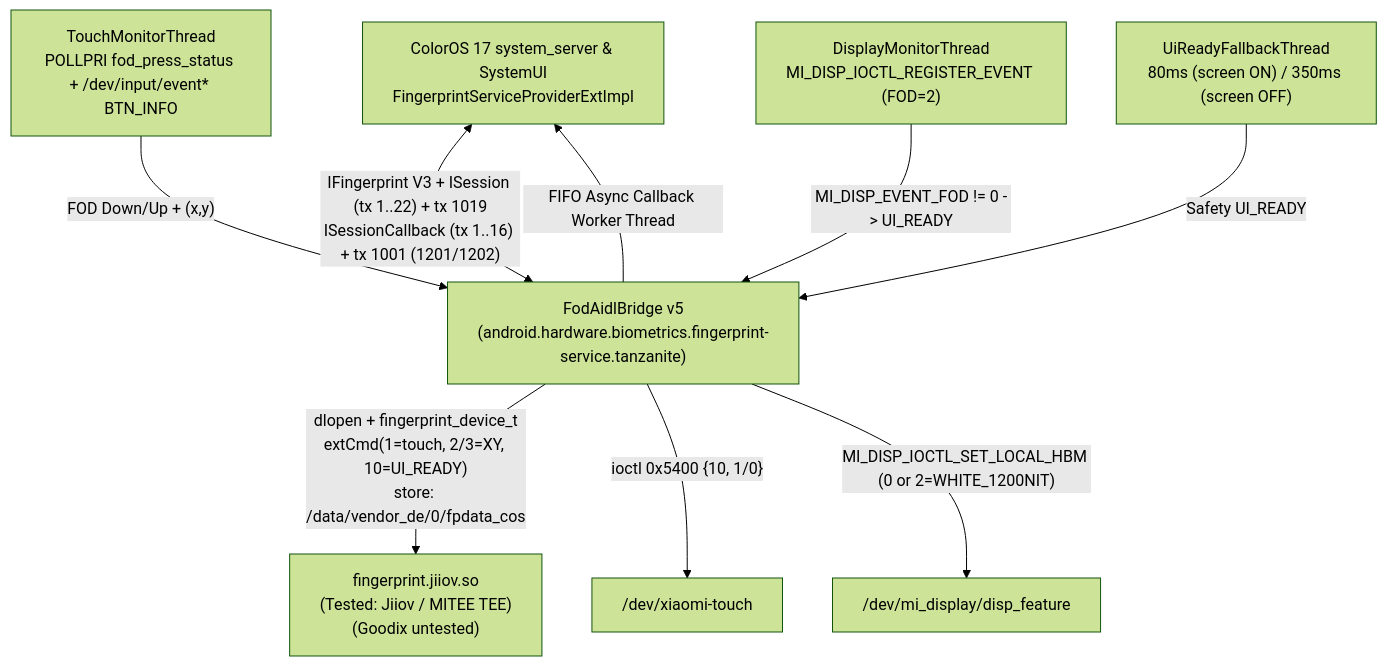
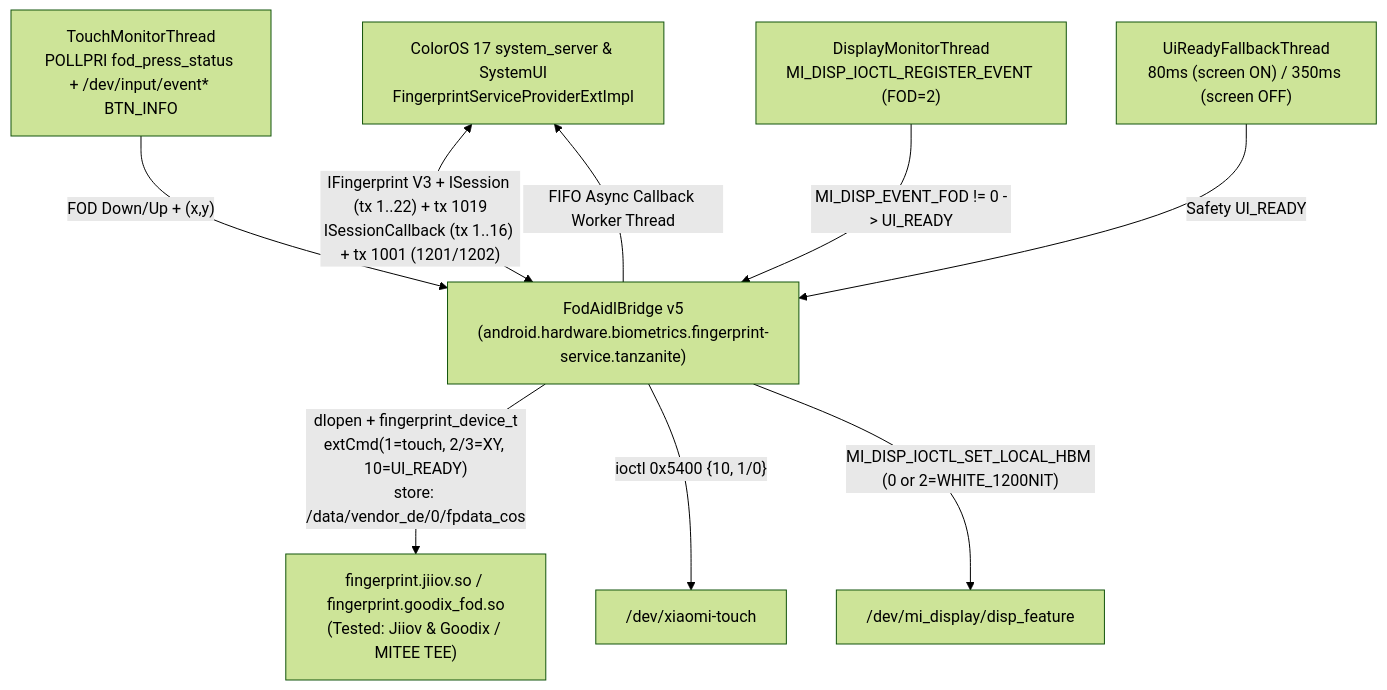
One commit to DwiPrdn/coloros-fod-aidl-bridge changed the diagram in README.md. Above: the diagram before and after it, drawn with Mermaid (forest theme). The commit also changed other lines of this file, not shown here.

Commit message:
docs: mark Goodix optical FOD (fingerprint.goodix_fod.so) as tested & working

````diff
--- a/README.md
+++ b/README.md
@@ -127,15 +127,15 @@
 ```mermaid
 flowchart TD
     SYS["ColorOS 17 system_server & SystemUI<br/>FingerprintServiceProviderExtImpl"]
     SYS <-->|"IFingerprint V3 + ISession (tx 1..22) + tx 1019<br/>ISessionCallback (tx 1..16) + tx 1001 (1201/1202)"| BRIDGE["FodAidlBridge v5<br/>(android.hardware.biometrics.fingerprint-service.tanzanite)"]
 
     BRIDGE -->|"FIFO Async Callback Worker Thread"| SYS
-    BRIDGE -->|"dlopen + fingerprint_device_t<br/>extCmd(1=touch, 2/3=XY, 10=UI_READY)<br/>store: /data/vendor_de/0/fpdata_cos"| JIIOV["fingerprint.jiiov.so<br/>(Tested: Jiiov / MITEE TEE)<br/>(Goodix untested)"]
+    BRIDGE -->|"dlopen + fingerprint_device_t<br/>extCmd(1=touch, 2/3=XY, 10=UI_READY)<br/>store: /data/vendor_de/0/fpdata_cos"| JIIOV["fingerprint.jiiov.so / fingerprint.goodix_fod.so<br/>(Tested: Jiiov & Goodix / MITEE TEE)"]
 
     TOUCH["TouchMonitorThread<br/>POLLPRI fod_press_status + /dev/input/event* BTN_INFO"] -->|"FOD Down/Up + (x,y)"| BRIDGE
     DISP["DisplayMonitorThread<br/>MI_DISP_IOCTL_REGISTER_EVENT (FOD=2)"] -->|"MI_DISP_EVENT_FOD != 0 -> UI_READY"| BRIDGE
     FB["UiReadyFallbackThread<br/>80ms (screen ON) / 350ms (screen OFF)"] -->|"Safety UI_READY"| BRIDGE
 
     BRIDGE -->|"ioctl 0x5400 {10, 1/0}"| XTOUCH["/dev/xiaomi-touch"]
     BRIDGE -->|"MI_DISP_IOCTL_SET_LOCAL_HBM (0 or 2=WHITE_1200NIT)"| MDISP["/dev/mi_display/disp_feature"]
 ```
````
